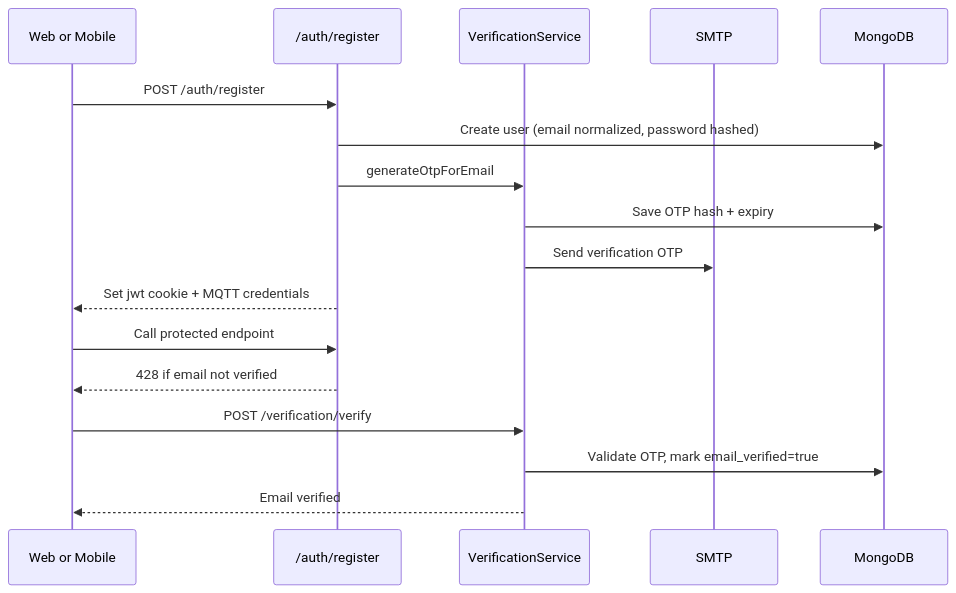
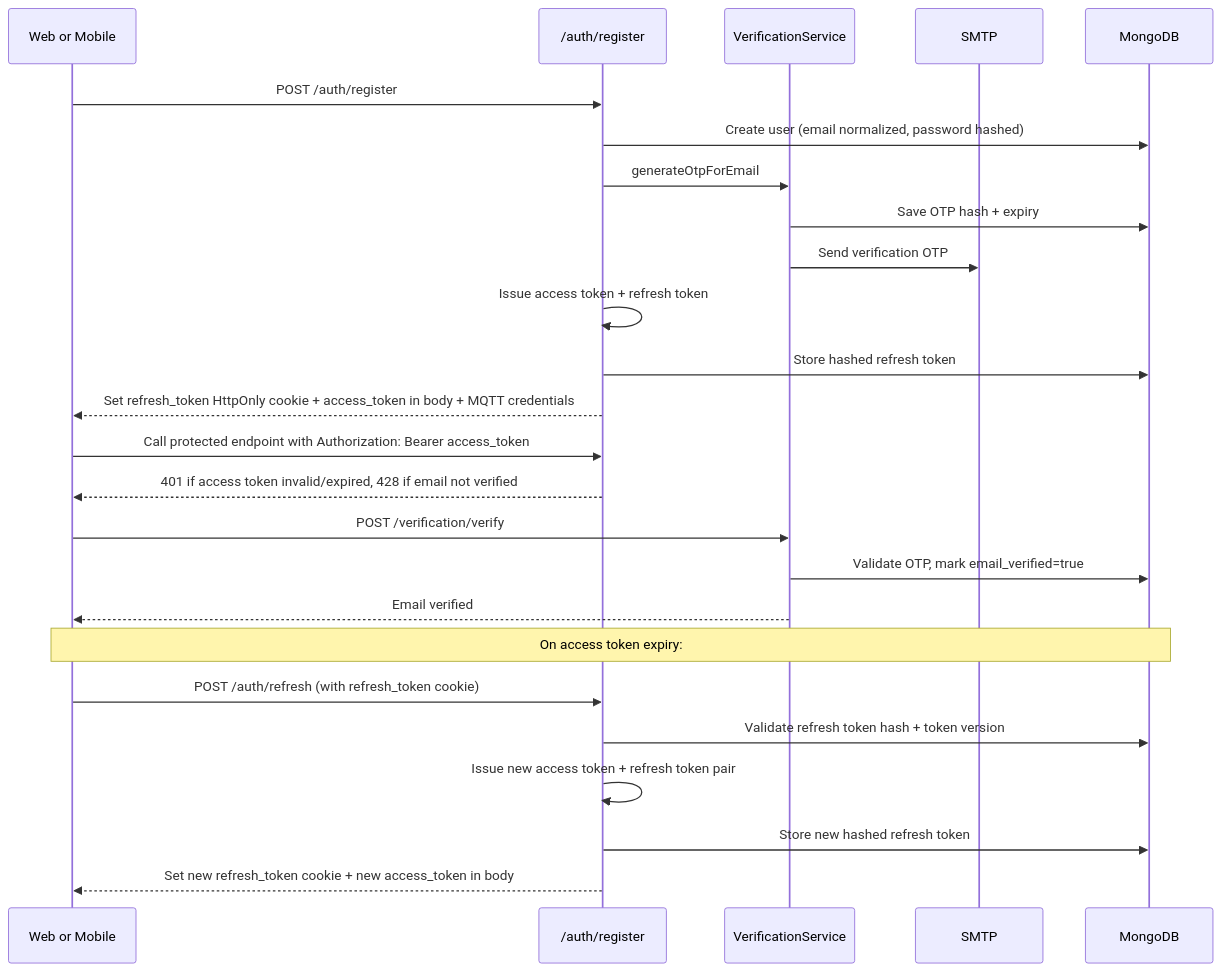
One commit to ahmed-atef-gad/nexusflow-backend changed the second of 5 diagrams in docs/arch.md. Above: the diagram before and after it, drawn with Mermaid. The commit also changed other lines of this file and 8 other files, not shown here.

First line of the commit message:
feat(auth): implement refresh token mechanism with HttpOnly cookie

````diff
--- a/docs/arch.md
+++ b/docs/arch.md
@@ -96,22 +109,31 @@
 ```mermaid
 sequenceDiagram
     participant Client as Web or Mobile
     participant Auth as /auth/register
     participant Verify as VerificationService
     participant Mail as SMTP
     participant DB as MongoDB
 
     Client->>Auth: POST /auth/register
     Auth->>DB: Create user (email normalized, password hashed)
     Auth->>Verify: generateOtpForEmail
     Verify->>DB: Save OTP hash + expiry
     Verify->>Mail: Send verification OTP
-    Auth-->>Client: Set jwt cookie + MQTT credentials
+    Auth->>Auth: Issue access token + refresh token
+    Auth->>DB: Store hashed refresh token
+    Auth-->>Client: Set refresh_token HttpOnly cookie + access_token in body + MQTT credentials
 
-    Client->>Auth: Call protected endpoint
-    Auth-->>Client: 428 if email not verified
+    Client->>Auth: Call protected endpoint with Authorization: Bearer access_token
+    Auth-->>Client: 401 if access token invalid/expired, 428 if email not verified
 
     Client->>Verify: POST /verification/verify
     Verify->>DB: Validate OTP, mark email_verified=true
     Verify-->>Client: Email verified
+    
+    Note over Client,DB: On access token expiry:
+    Client->>Auth: POST /auth/refresh (with refresh_token cookie)
+    Auth->>DB: Validate refresh token hash + token version
+    Auth->>Auth: Issue new access token + refresh token pair
+    Auth->>DB: Store new hashed refresh token
+    Auth-->>Client: Set new refresh_token cookie + new access_token in body
 ```
````
